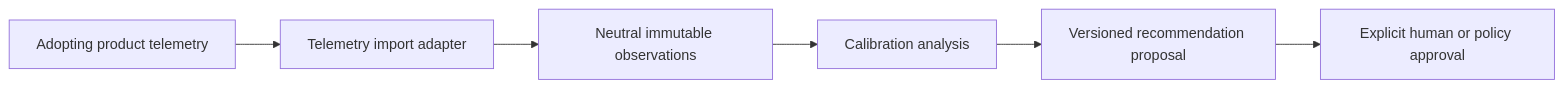
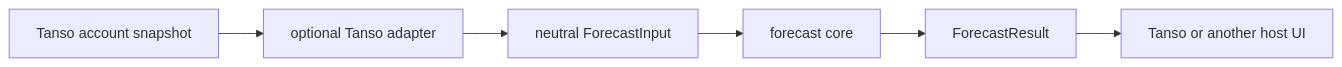
The fourth of 4 diagrams in docs/architecture.md (tansohq/credit-estimator), drawn with Mermaid before and after one commit. The commit also changed other lines of this file and 95 other files, not shown here.

````diff
--- a/docs/architecture.md
+++ b/docs/architecture.md
@@ -701,8 +372,8 @@
 ```mermaid
 flowchart LR
-  Product["Adopting product telemetry"] --> Importer["Telemetry import adapter"]
-  Importer --> Observations["Neutral immutable observations"]
-  Observations --> Core["Calibration analysis"]
-  Core --> Proposal["Versioned recommendation proposal"]
-  Proposal --> Review["Explicit human or policy approval"]
+  Tanso["Tanso account snapshot"] --> Adapter["optional Tanso adapter"]
+  Adapter --> Neutral["neutral ForecastInput"]
+  Neutral --> Core["forecast core"]
+  Core --> Result["ForecastResult"]
+  Result --> Host["Tanso or another host UI"]
 ```
````
